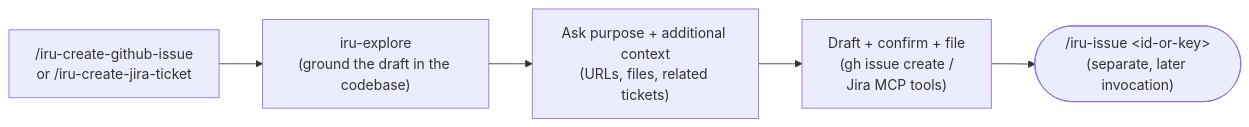
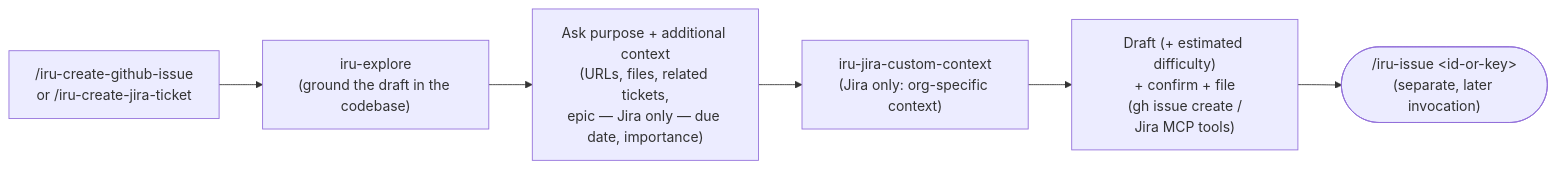
One commit to albertoirurueta/ai-catalog changed the third of 7 diagrams in docs/modules/ROOT/pages/index.adoc. Above: the diagram before and after it, drawn with Mermaid. The commit also changed other lines of this file and 20 other files, not shown here.

Commit message:
Improved skills to create jira tickets and to keep track of implementation plans context

```diff
--- a/docs/modules/ROOT/pages/index.adoc
+++ b/docs/modules/ROOT/pages/index.adoc
@@ -794,8 +813,9 @@
 [mermaid]
 ....
 flowchart LR
     A["/iru-create-github-issue\nor /iru-create-jira-ticket"] --> B["iru-explore\n(ground the draft in the codebase)"]
-    B --> C["Ask purpose + additional context\n(URLs, files, related tickets)"]
-    C --> D["Draft + confirm + file\n(gh issue create /\nJira MCP tools)"]
+    B --> C["Ask purpose + additional context\n(URLs, files, related tickets,\nepic — Jira only — due date, importance)"]
+    C --> C2["iru-jira-custom-context\n(Jira only: org-specific context)"]
+    C2 --> D["Draft (+ estimated difficulty)\n+ confirm + file\n(gh issue create /\nJira MCP tools)"]
     D --> E(["/iru-issue &lt;id-or-key&gt;\n(separate, later invocation)"])
 ....
```
